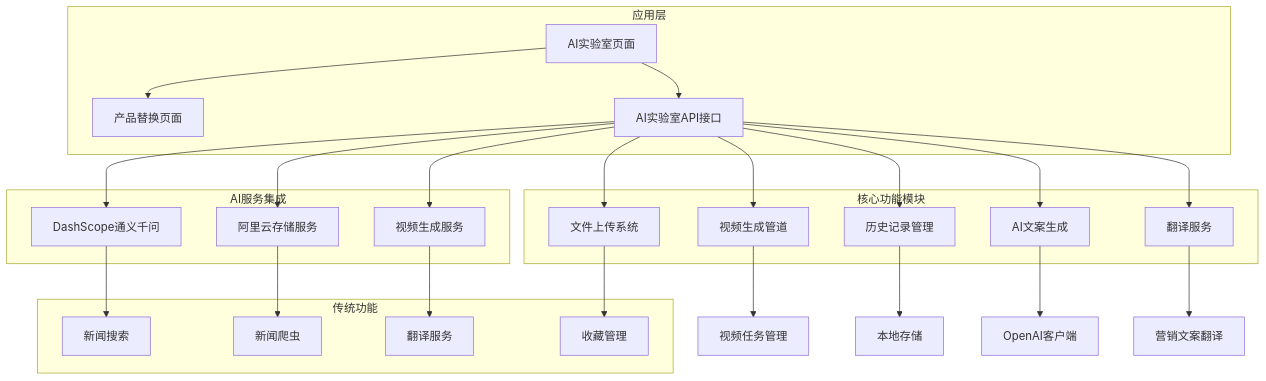
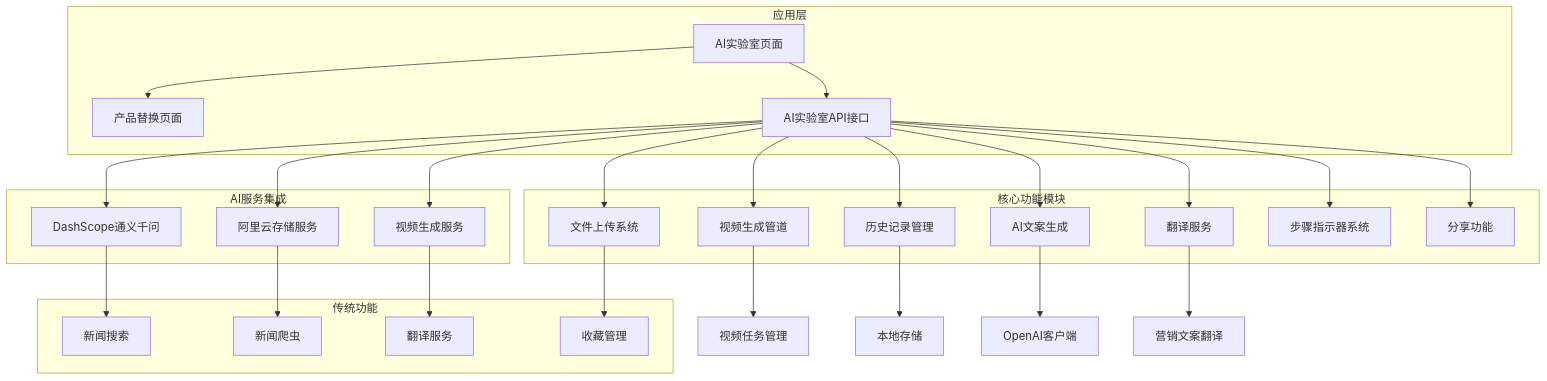
One commit to zuozuoliu740-cmd/xianxiong-news changed the first of 16 diagrams in .qoder/repowiki/zh/content/核心功能模块/AI实验室模块.md. Above: the diagram before and after it, drawn with Mermaid. The commit also changed other lines of this file and 5 other files, not shown here.

Commit message:
P2: 接入通义万相图生视频API - 替换Mock为真实DashScope调用

````diff
--- a/.qoder/repowiki/zh/content/核心功能模块/AI实验室模块.md
+++ b/.qoder/repowiki/zh/content/核心功能模块/AI实验室模块.md
@@ -65,44 +66,48 @@
 ```mermaid
 graph TB
 subgraph "应用层"
 A[AI实验室页面]
 B[产品替换页面]
 C[AI实验室API接口]
 end
 subgraph "AI服务集成"
 D[DashScope通义千问]
 E[阿里云存储服务]
 F[视频生成服务]
 end
 subgraph "核心功能模块"
 G[文件上传系统]
 H[视频生成管道]
 I[历史记录管理]
 J[AI文案生成]
 K[翻译服务]
+L[步骤指示器系统]
+M[分享功能]
 end
 subgraph "传统功能"
-L[新闻搜索]
-M[新闻爬虫]
-N[翻译服务]
-O[收藏管理]
+N[新闻搜索]
+O[新闻爬虫]
+P[翻译服务]
+Q[收藏管理]
 end
 A --> B
 A --> C
 C --> D
 C --> E
 C --> F
 C --> G
 C --> H
 C --> I
 C --> J
 C --> K
-D --> L
-E --> M
-F --> N
-G --> O
-H --> P[视频任务管理]
-I --> Q[本地存储]
-J --> R[OpenAI客户端]
-K --> S[营销文案翻译]
+C --> L
+C --> M
+D --> N
+E --> O
+F --> P
+G --> Q
+H --> R[视频任务管理]
+I --> S[本地存储]
+J --> T[OpenAI客户端]
+K --> U[营销文案翻译]
 ```
````
